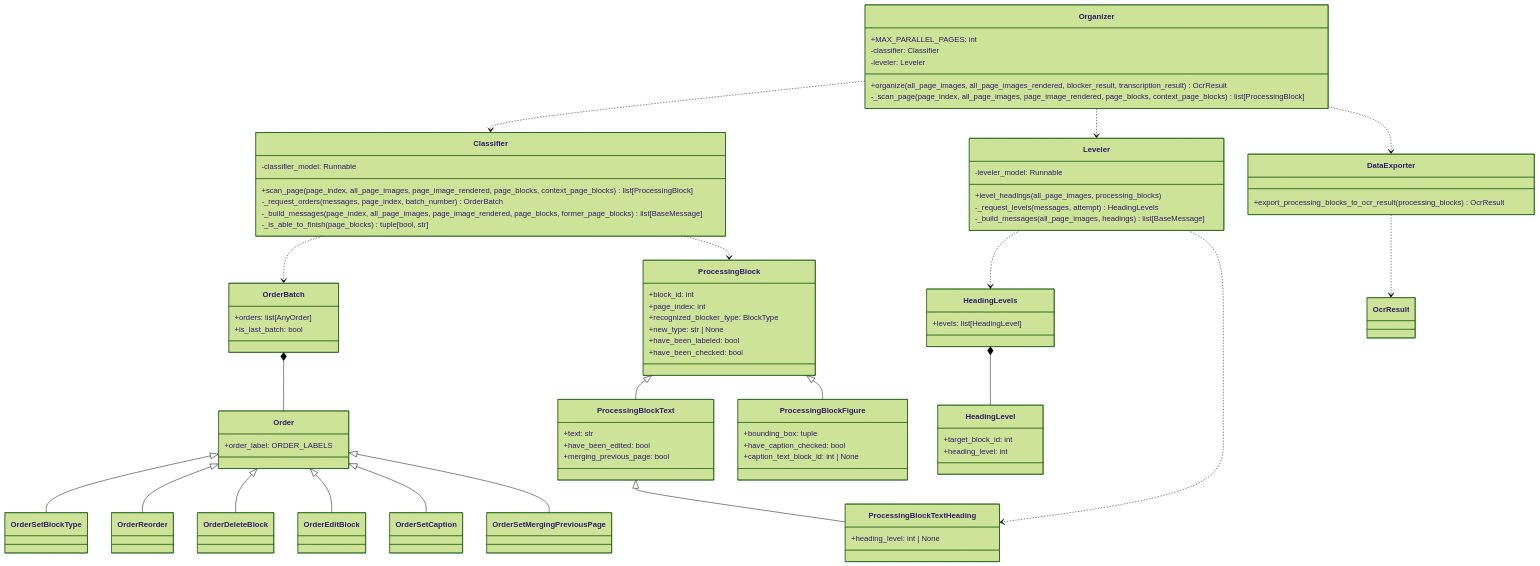
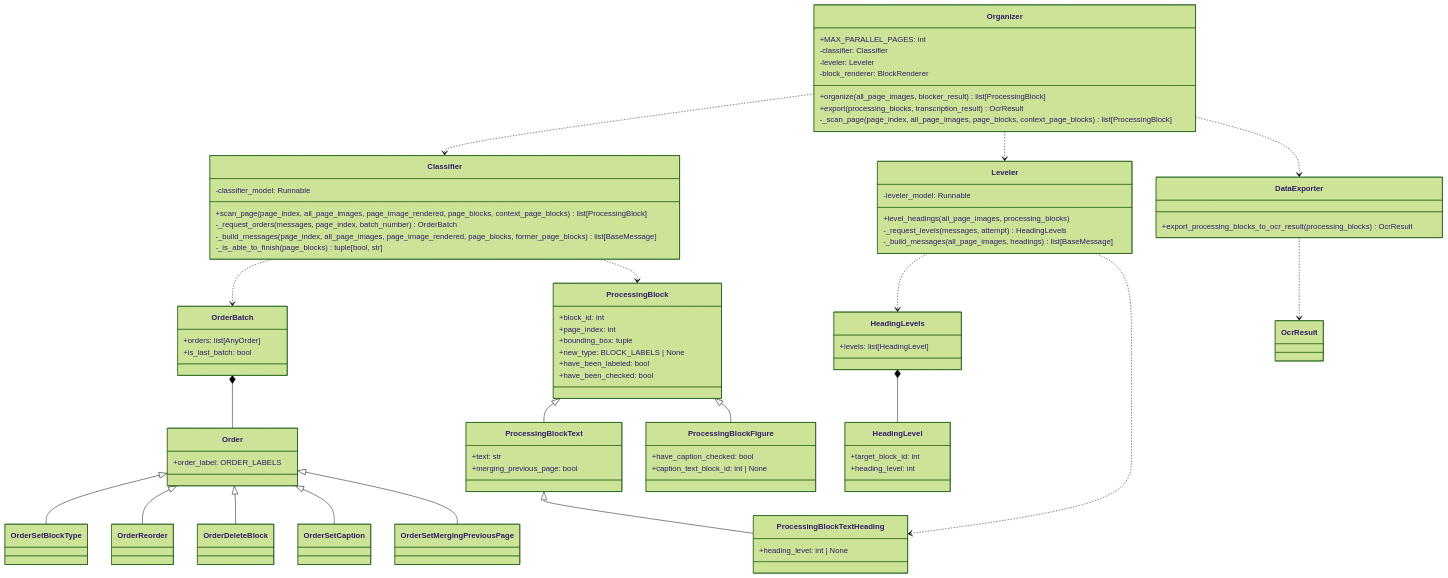
One commit to konbraphat51/SuperSuat changed the first of 3 diagrams in Uploader/OcrModule/Blocked/Docs/StructureOrganizer.md. Above: the diagram before and after it, drawn with Mermaid (forest theme). The commit also changed other lines of this file and 28 other files, not shown here.

````diff
--- a/Uploader/OcrModule/Blocked/Docs/StructureOrganizer.md
+++ b/Uploader/OcrModule/Blocked/Docs/StructureOrganizer.md
@@ -26,80 +32,79 @@
 ```mermaid
 classDiagram
     class Organizer {
         +MAX_PARALLEL_PAGES: int
         -classifier: Classifier
         -leveler: Leveler
-        +organize(all_page_images, all_page_images_rendered, blocker_result, transcription_result) OcrResult
-        -_scan_page(page_index, all_page_images, page_image_rendered, page_blocks, context_page_blocks) list[ProcessingBlock]
+        -block_renderer: BlockRenderer
+        +organize(all_page_images, blocker_result) list[ProcessingBlock]
+        +export(processing_blocks, transcription_result) OcrResult
+        -_scan_page(page_index, all_page_images, page_blocks, context_page_blocks) list[ProcessingBlock]
     }
     class Classifier {
         -classifier_model: Runnable
         +scan_page(page_index, all_page_images, page_image_rendered, page_blocks, context_page_blocks) list[ProcessingBlock]
         -_request_orders(messages, page_index, batch_number) OrderBatch
         -_build_messages(page_index, all_page_images, page_image_rendered, page_blocks, former_page_blocks) list[BaseMessage]
         -_is_able_to_finish(page_blocks) tuple[bool, str]
     }
     class Leveler {
         -leveler_model: Runnable
         +level_headings(all_page_images, processing_blocks)
         -_request_levels(messages, attempt) HeadingLevels
         -_build_messages(all_page_images, headings) list[BaseMessage]
     }
     class OrderBatch {
         +orders: list[AnyOrder]
         +is_last_batch: bool
     }
     class Order {
         +order_label: ORDER_LABELS
     }
     class HeadingLevels {
         +levels: list[HeadingLevel]
     }
     class HeadingLevel {
         +target_block_id: int
         +heading_level: int
     }
     class ProcessingBlock {
         +block_id: int
         +page_index: int
-        +recognized_blocker_type: BlockType
-        +new_type: str | None
+        +bounding_box: tuple
+        +new_type: BLOCK_LABELS | None
         +have_been_labeled: bool
         +have_been_checked: bool
     }
     class ProcessingBlockText {
         +text: str
-        +have_been_edited: bool
         +merging_previous_page: bool
     }
     class ProcessingBlockTextHeading {
         +heading_level: int | None
     }
     class ProcessingBlockFigure {
-        +bounding_box: tuple
         +have_caption_checked: bool
         +caption_text_block_id: int | None
     }
     class DataExporter {
         +export_processing_blocks_to_ocr_result(processing_blocks) OcrResult
     }
     Organizer ..> Classifier
     Organizer ..> Leveler
     Organizer ..> DataExporter
     DataExporter ..> OcrResult
     Classifier ..> OrderBatch
     Leveler ..> HeadingLevels
     HeadingLevels *-- HeadingLevel
     OrderBatch *-- Order
     Order <|-- OrderSetBlockType
     Order <|-- OrderReorder
     Order <|-- OrderDeleteBlock
-    Order <|-- OrderEditBlock
     Order <|-- OrderSetCaption
     Order <|-- OrderSetMergingPreviousPage
     ProcessingBlock <|-- ProcessingBlockText
     ProcessingBlock <|-- ProcessingBlockFigure
     ProcessingBlockText <|-- ProcessingBlockTextHeading
     Classifier ..> ProcessingBlock
     Leveler ..> ProcessingBlockTextHeading
 ```
````
